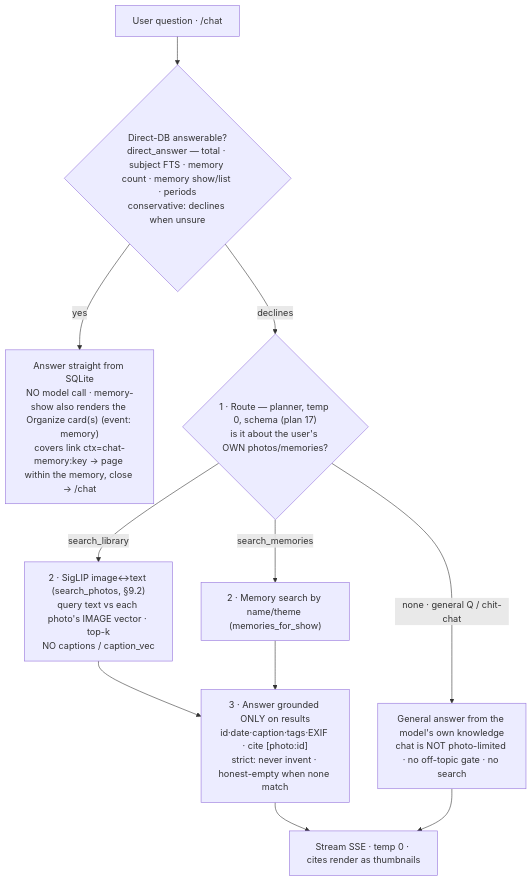
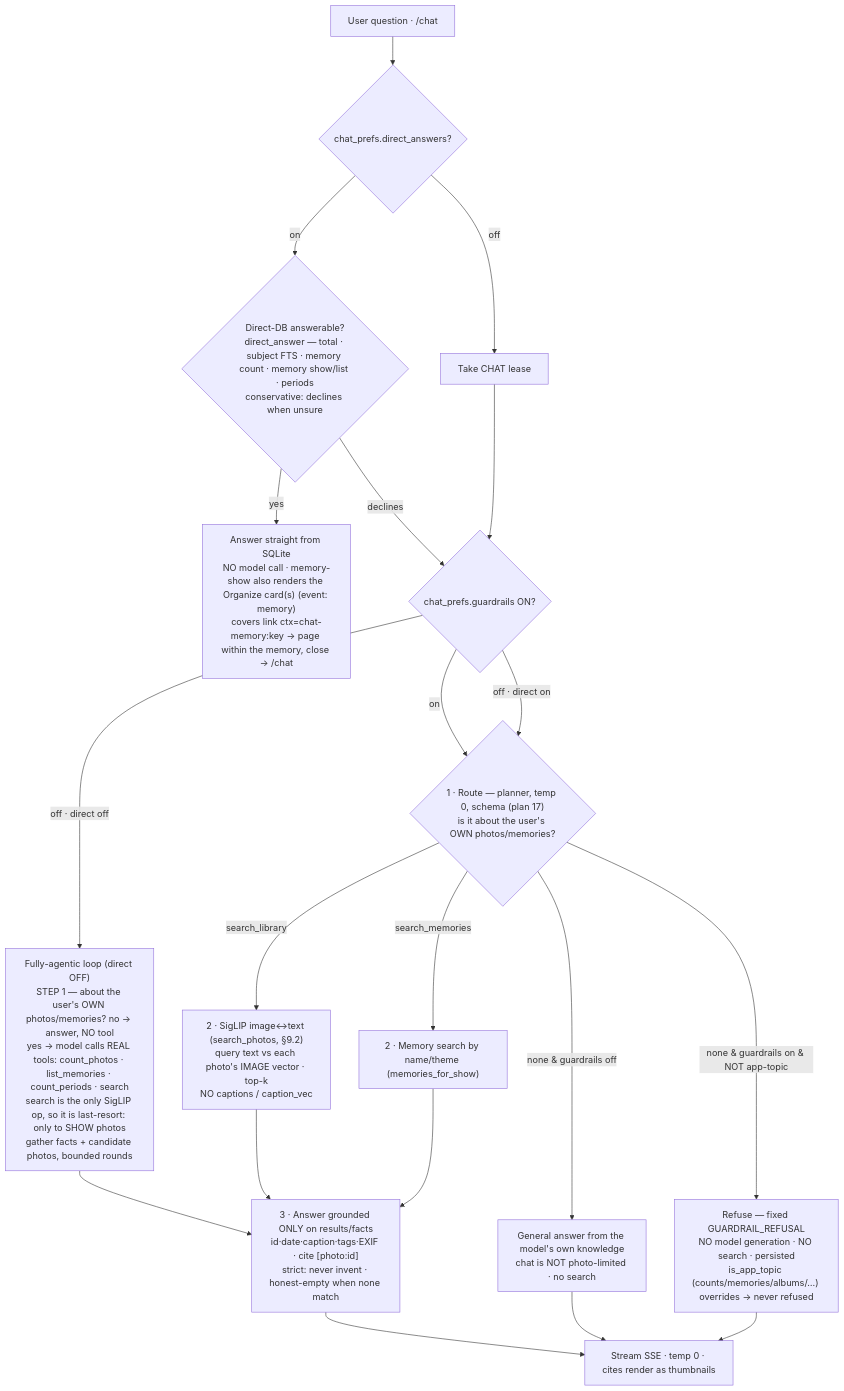
The fifth of 6 diagrams in docs/design.md (sadensmol/ivms777), drawn with Mermaid before and after one commit. The commit also changed other lines of this file and 115 other files, not shown here.

````diff
--- a/docs/design.md
+++ b/docs/design.md
@@ -1360,13 +933,22 @@
 ```mermaid
 flowchart TB
-    quest["User question · /chat"] --> direct{"Direct-DB answerable?<br/>direct_answer — total · subject FTS · memory count · memory show/list · periods<br/>conservative: declines when unsure"}
+    quest["User question · /chat"] --> dpref{"chat_prefs.direct_answers?"}
+    dpref -->|on| direct{"Direct-DB answerable?<br/>direct_answer — total · subject FTS · memory count · memory show/list · periods<br/>conservative: declines when unsure"}
+    dpref -->|off| lease2["Take CHAT lease"]
     direct -->|yes| dbans["Answer straight from SQLite<br/>NO model call · memory-show also renders the Organize card(s) (event: memory)<br/>covers link ctx=chat-memory:key → page within the memory, close → /chat"]
-    direct -->|declines| route{"1 · Route — planner, temp 0, schema (plan 17)<br/>is it about the user's OWN photos/memories?"}
+    direct -->|declines| gpre{"chat_prefs.guardrails ON?"}
+    lease2 --> gpre
+    gpre -->|on| route{"1 · Route — planner, temp 0, schema (plan 17)<br/>is it about the user's OWN photos/memories?"}
+    gpre -->|off · direct on| route
+    gpre -->|off · direct off| agentic
+    route -->|none & guardrails on & NOT app-topic| refuse["Refuse — fixed GUARDRAIL_REFUSAL<br/>NO model generation · NO search · persisted<br/>is_app_topic (counts/memories/albums/…) overrides → never refused"]
     route -->|search_library| lib["2 · SigLIP image↔text (search_photos, §9.2)<br/>query text vs each photo's IMAGE vector · top-k<br/>NO captions / caption_vec"]
     route -->|search_memories| mem["2 · Memory search by name/theme (memories_for_show)"]
-    route -->|none · general Q / chit-chat| gen["General answer from the model's own knowledge<br/>chat is NOT photo-limited · no off-topic gate · no search"]
-    lib --> ground["3 · Answer grounded ONLY on results<br/>id·date·caption·tags·EXIF · cite [photo:id]<br/>strict: never invent · honest-empty when none match"]
+    route -->|none & guardrails off| gen["General answer from the model's own knowledge<br/>chat is NOT photo-limited · no search"]
+    agentic["Fully-agentic loop (direct OFF)<br/>STEP 1 — about the user's OWN photos/memories? no → answer, NO tool<br/>yes → model calls REAL tools: count_photos · list_memories · count_periods · search<br/>search is the only SigLIP op, so it is last-resort: only to SHOW photos<br/>gather facts + candidate photos, bounded rounds"] --> ground
+    lib --> ground["3 · Answer grounded ONLY on results/facts<br/>id·date·caption·tags·EXIF · cite [photo:id]<br/>strict: never invent · honest-empty when none match"]
     mem --> ground
     ground --> ans["Stream SSE · temp 0 · cites render as thumbnails"]
     gen --> ans
+    refuse --> ans
 ```
````
